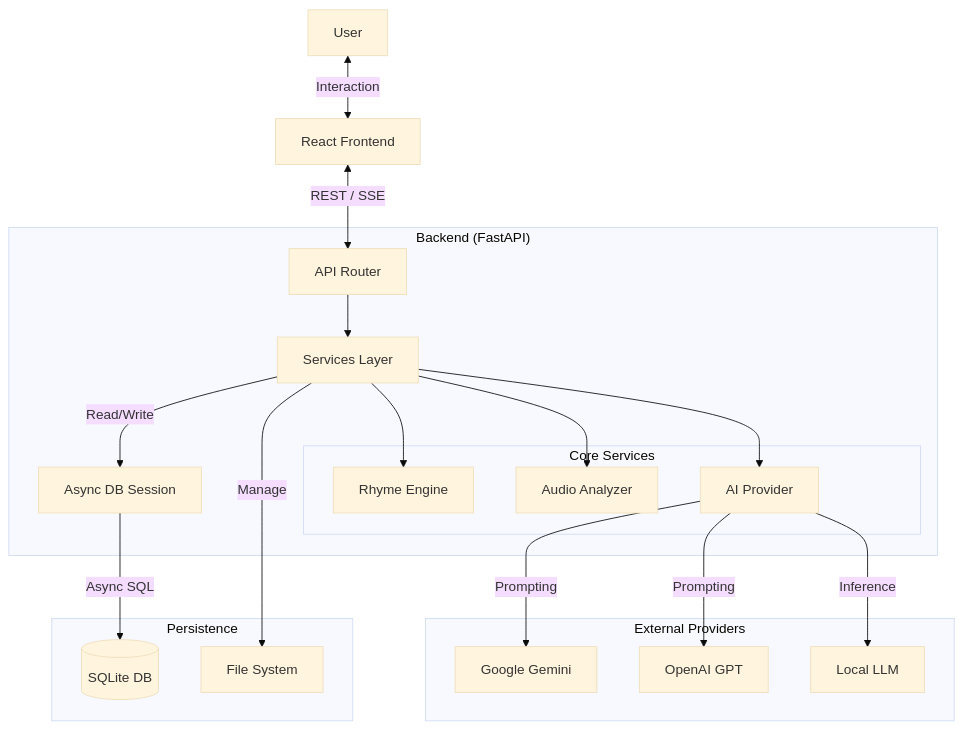
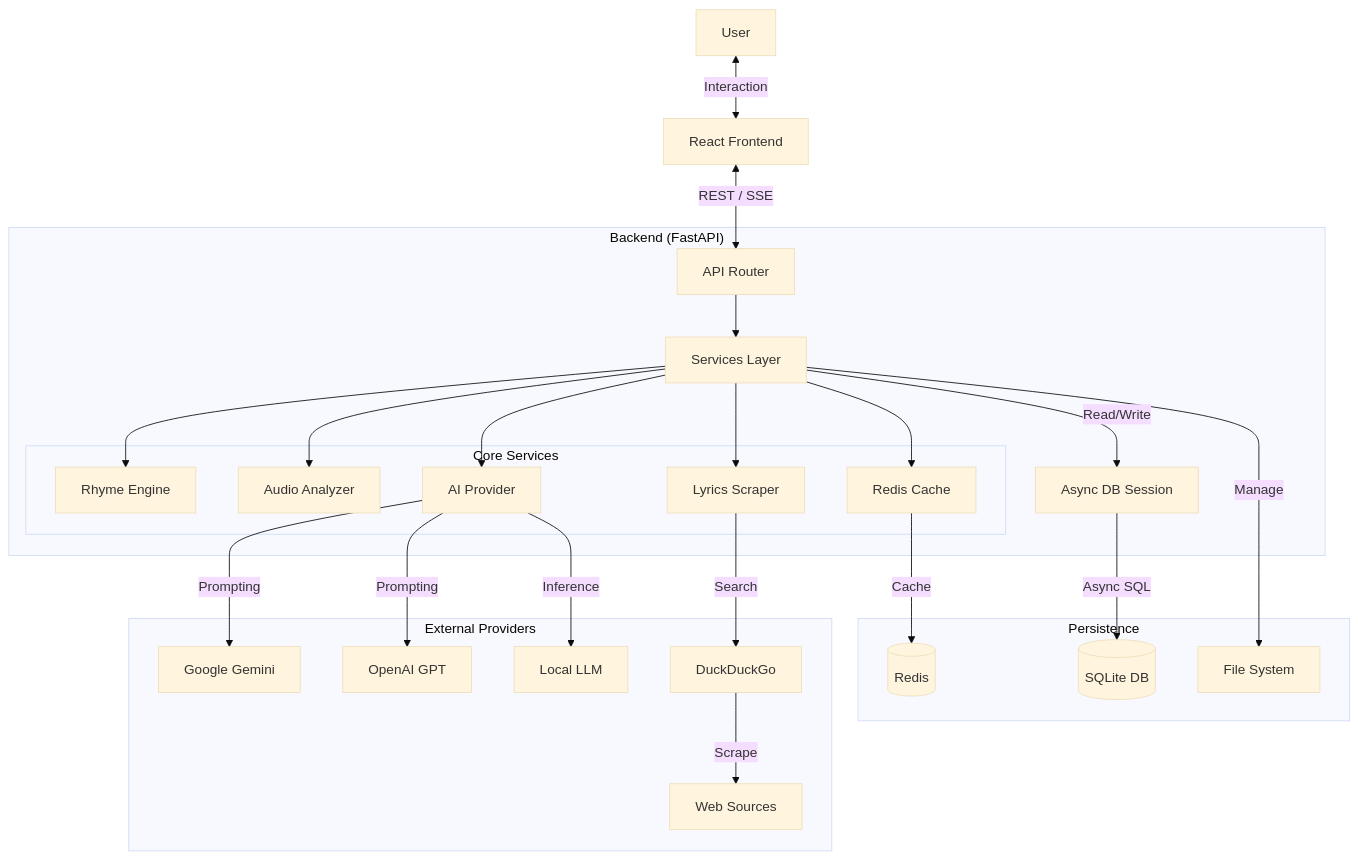
Before and after one commit to ChiragNSundar/VibeLyrics: the diagram in README.md, drawn with Mermaid (base theme). The commit also changed other lines of this file and 24 other files, not shown here.

````diff
--- a/README.md
+++ b/README.md
@@ -79,44 +79,55 @@
 ```mermaid
 graph TD
     Client[React Frontend]
     User[User]
     
     subgraph "Backend (FastAPI)"
         API[API Router]
         Services[Services Layer]
         DB_Layer[Async DB Session]
         
         subgraph "Core Services"
             Rhyme[Rhyme Engine]
             Audio[Audio Analyzer]
             AI_Service[AI Provider]
+            Scraper[Lyrics Scraper]
+            Cache[Redis Cache]
         end
     end
     
     subgraph "External Providers"
         Gemini[Google Gemini]
         OpenAI[OpenAI GPT]
         LMStudio[Local LLM]
+        Duck[DuckDuckGo]
+        Web[Web Sources]
     end
     
     subgraph "Persistence"
         SQLite[(SQLite DB)]
+        Redis[(Redis)]
         Files[File System]
     end
 
     User <-->|Interaction| Client
     Client <-->|REST / SSE| API
     
     API --> Services
+    
     Services --> Rhyme
     Services --> Audio
     Services --> AI_Service
+    Services --> Scraper
+    Services --> Cache
     
     AI_Service -->|Prompting| Gemini
     AI_Service -->|Prompting| OpenAI
     AI_Service -->|Inference| LMStudio
+    Scraper -->|Search| Duck
+    Duck -->|Scrape| Web
     
     Services -->|Read/Write| DB_Layer
     DB_Layer -->|Async SQL| SQLite
+    Cache -->|Cache| Redis
     Services -->|Manage| Files
 ```
````
